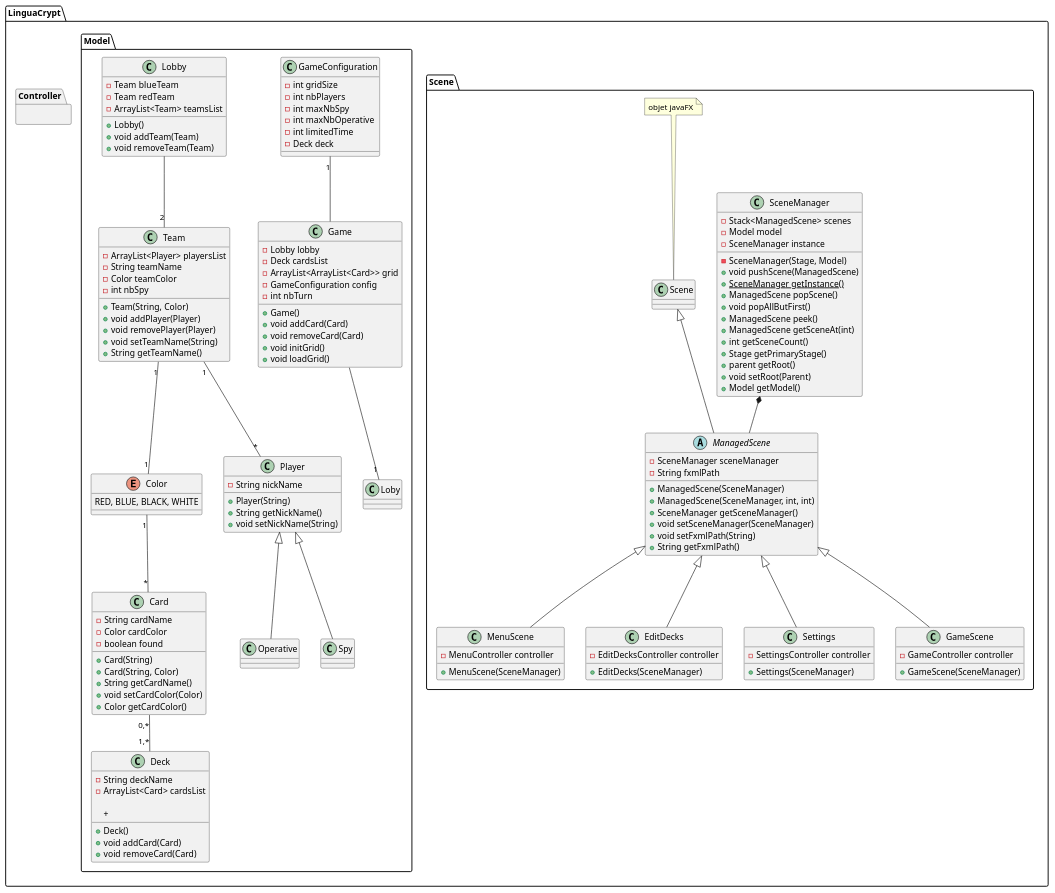
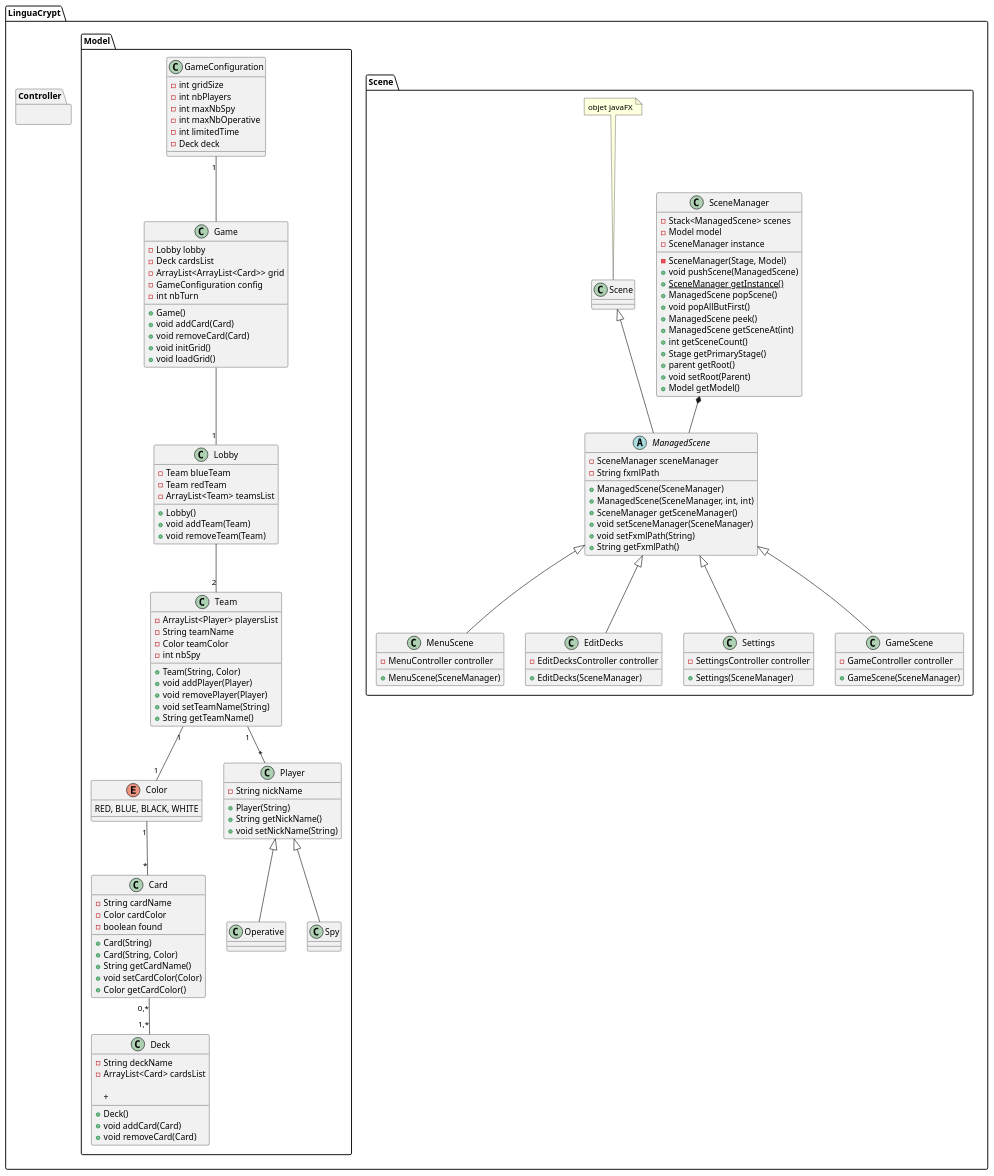
One commit to Esteban795/RetroNames changed the diagram in gdp/Diagramme_De_Classe/diag_d1.plantuml. Above: the diagram before and after it, drawn with PlantUML.

Commit message:
Esteban, te moque pas plz

```diff
--- a/gdp/Diagramme_De_Classe/diag_d1.plantuml
+++ b/gdp/Diagramme_De_Classe/diag_d1.plantuml
@@ -3,171 +3,171 @@
 @startuml
 
 package LinguaCrypt{
     package LinguaCrypt.Scene{
         class SceneManager{
             - Stack<ManagedScene> scenes
             - Model model
             - SceneManager instance
 
             - SceneManager(Stage, Model)
             + void pushScene(ManagedScene)
             + {static} SceneManager getInstance()
             + ManagedScene popScene()
             + void popAllButFirst()
             + ManagedScene peek()
             + ManagedScene getSceneAt(int)
             + int getSceneCount()
             + Stage getPrimaryStage()
             + parent getRoot()
             + void setRoot(Parent)
             + Model getModel()
         }
 
         abstract class ManagedScene extends Scene {
             - SceneManager sceneManager
             - String fxmlPath
             
             + ManagedScene(SceneManager)
             + ManagedScene(SceneManager, int, int)
             + SceneManager getSceneManager()
             + void setSceneManager(SceneManager)
             + void setFxmlPath(String)
             + String getFxmlPath()
             ' get controller ?
         }
 
         class MenuScene extends ManagedScene {
             - MenuController controller
 
             + MenuScene(SceneManager)
         }
 
         class EditDecks extends ManagedScene {
             - EditDecksController controller
 
             + EditDecks(SceneManager)
         }
 
         class Settings extends ManagedScene {
             - SettingsController controller
 
             + Settings(SceneManager)
         }
 
         class GameScene extends ManagedScene {
             - GameController controller
 
             + GameScene(SceneManager)
         }
 
     note "objet javaFX" as N1
     N1 .. Scene
     SceneManager *-- ManagedScene
 
     }
 
     package LinguaCrypt.Controller{ 
         ' un controller par scè1ne 
     }
 
     package LinguaCrypt.Model{
         enum Color{
             RED, BLUE, BLACK, WHITE
         }
 
         class Operative extends Player{}
 
         class Spy extends Player{}
 
         class Player{
             - String nickName
 
             + Player(String)
             + String getNickName()
             + void setNickName(String)
         }
         
         class Team{
             - ArrayList<Player> playersList
             - String teamName
             - Color teamColor
             - int nbSpy
 
 
             + Team(String, Color)
             + void addPlayer(Player)
             + void removePlayer(Player)
             + void setTeamName(String)
             + String getTeamName()
         }
 
         class Card{
             - String cardName
             - Color cardColor
             - boolean found
 
             + Card(String)
             + Card(String, Color)
             + String getCardName()
             + void setCardColor(Color)
             + Color getCardColor()
 
         }
 
         class Deck{
             - String deckName
             - ArrayList<Card> cardsList
 
             + Deck()
             + void addCard(Card)
             + void removeCard(Card)
             + 
         }
 
         class GameConfiguration{
             - int gridSize
             - int nbPlayers
             - int maxNbSpy
             - int maxNbOperative 
             - int limitedTime /' -1 if time not limited  '/
             - Deck deck            
         }
 
         class Lobby{
             - Team blueTeam
             - Team redTeam
             - ArrayList<Team> teamsList
 
             + Lobby()
             + void addTeam(Team)
             + void removeTeam(Team)
         
         }
 
         class Game{
             - Lobby lobby
             - Deck cardsList
             - ArrayList<ArrayList<Card>> grid
             - GameConfiguration config
             - int nbTurn
             
             + Game()
             + void addCard(Card)
             + void removeCard(Card)
             + void initGrid()
             + void loadGrid()
         }
 
 
 
         Team "1"--"*" Player
         Team "1"--"1" Color
         Color "1"--"*" Card
         Card "0,*"--"1,*" Deck
         GameConfiguration "1"-- Game
-        Game --"1" Loby
+        Game --"1" Lobby
         Lobby --"2" Team
     }
 }
 
 @enduml
```
